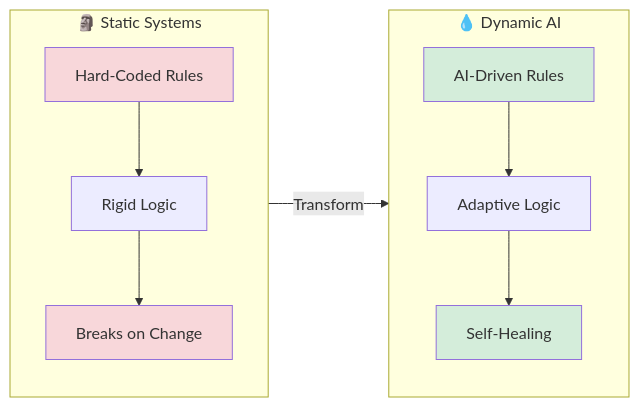
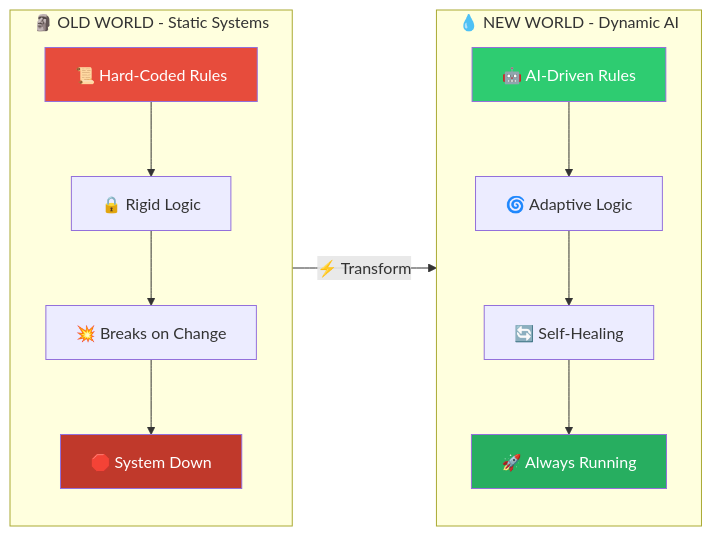
Before and after one commit to rifaterdemsahin/fal.ai: the diagram in 3_Simulation/2026-02-15/output/diagram_MM_03_scene_3_-_statues_vs_mercury.md, drawn with Mermaid. The commit also changed other lines of this file and 22 other files, not shown here.

Commit message:
diagram with images

````diff
--- a/3_Simulation/2026-02-15/output/diagram_MM_03_scene_3_-_statues_vs_mercury.md
+++ b/3_Simulation/2026-02-15/output/diagram_MM_03_scene_3_-_statues_vs_mercury.md
@@ -6,17 +7,21 @@
 ```mermaid
 flowchart LR
-    subgraph Old[🗿 Static Systems]
-        A[Hard-Coded Rules] --> B[Rigid Logic]
-        B --> C[Breaks on Change]
+    subgraph OLD["🗿 OLD WORLD - Static Systems"]
+        direction TB
+        A["📜 Hard-Coded Rules"] --> B["🔒 Rigid Logic"]
+        B --> C["💥 Breaks on Change"]
+        C --> D["🛑 System Down"]
     end
-    subgraph New[💧 Dynamic AI]
-        D[AI-Driven Rules] --> E[Adaptive Logic]
-        E --> F[Self-Healing]
+    subgraph NEW["💧 NEW WORLD - Dynamic AI"]
+        direction TB
+        E["🤖 AI-Driven Rules"] --> F["🌀 Adaptive Logic"]
+        F --> G["🔄 Self-Healing"]
+        G --> H["🚀 Always Running"]
     end
-    Old -->|Transform| New
+    OLD -->|"⚡ Transform"| NEW
 
-    style A fill:#f8d7da
-    style C fill:#f8d7da
-    style D fill:#d4edda
-    style F fill:#d4edda
+    style A fill:#e74c3c,color:#fff
+    style D fill:#c0392b,color:#fff
+    style E fill:#2ecc71,color:#fff
+    style H fill:#27ae60,color:#fff
 ```
````
